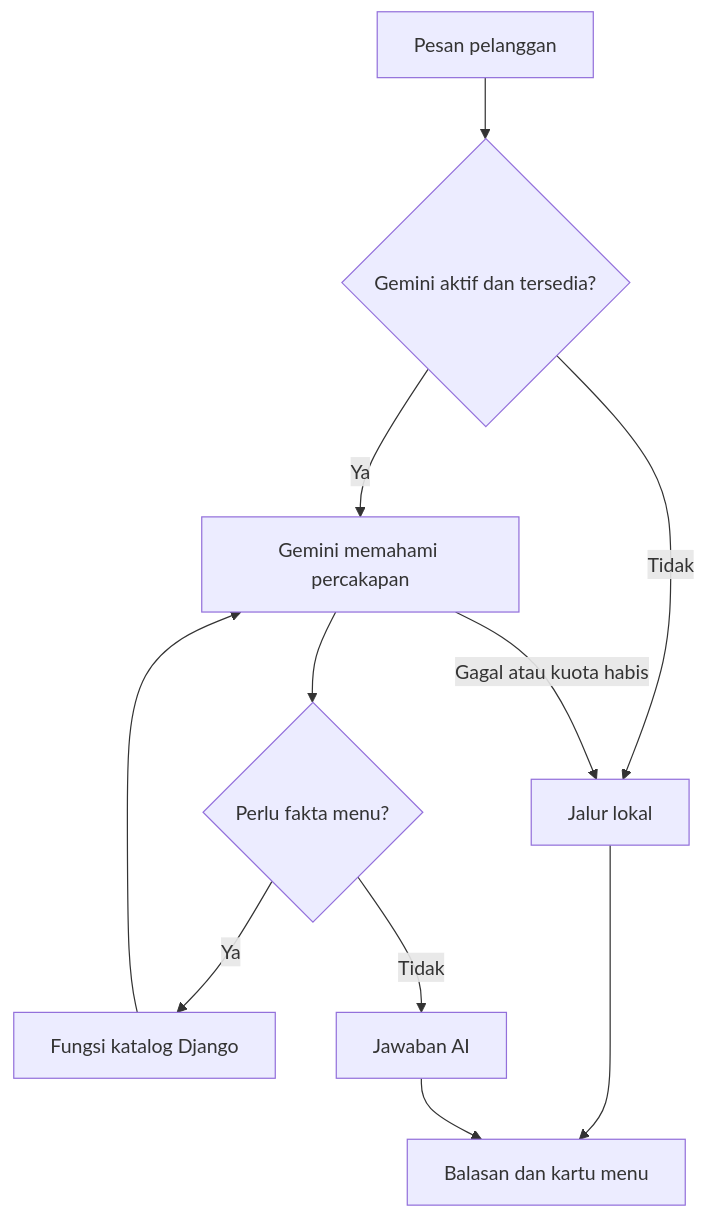
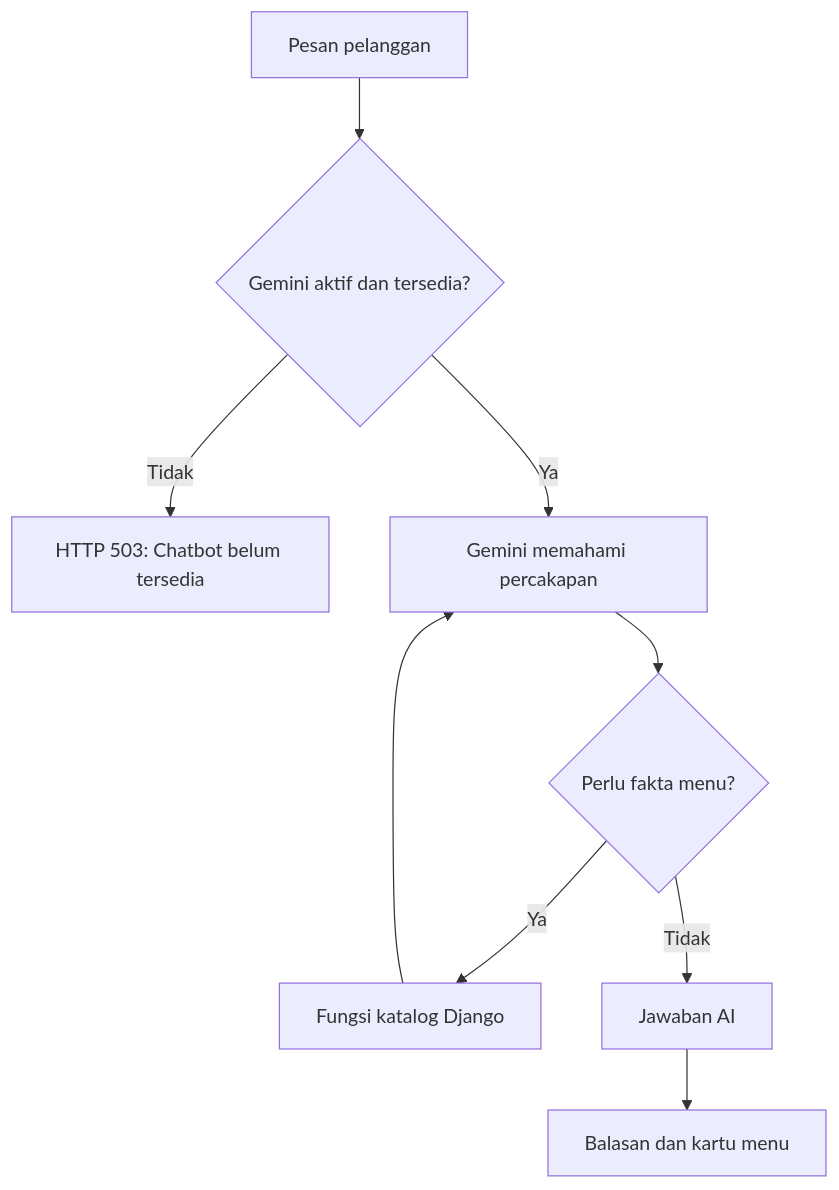
One commit to Cordova88/pemesanan-makanan-digital changed the third of 4 diagrams in docs/PANDUAN_PENGEMBANGAN.md. Above: the diagram before and after it, drawn with Mermaid. The commit also changed other lines of this file and 5 other files, not shown here.

````diff
--- a/docs/PANDUAN_PENGEMBANGAN.md
+++ b/docs/PANDUAN_PENGEMBANGAN.md
@@ -272,13 +274,11 @@
 ```mermaid
 flowchart TD
     A[Pesan pelanggan] --> B{Gemini aktif dan tersedia?}
-    B -->|Tidak| C[Jalur lokal]
+    B -->|Tidak| C[HTTP 503: Chatbot belum tersedia]
     B -->|Ya| D[Gemini memahami percakapan]
     D --> E{Perlu fakta menu?}
     E -->|Ya| F[Fungsi katalog Django]
     F --> D
     E -->|Tidak| G[Jawaban AI]
-    D -->|Gagal atau kuota habis| C
-    C --> H[Balasan dan kartu menu]
-    G --> H
+    G --> H[Balasan dan kartu menu]
 ```
````
